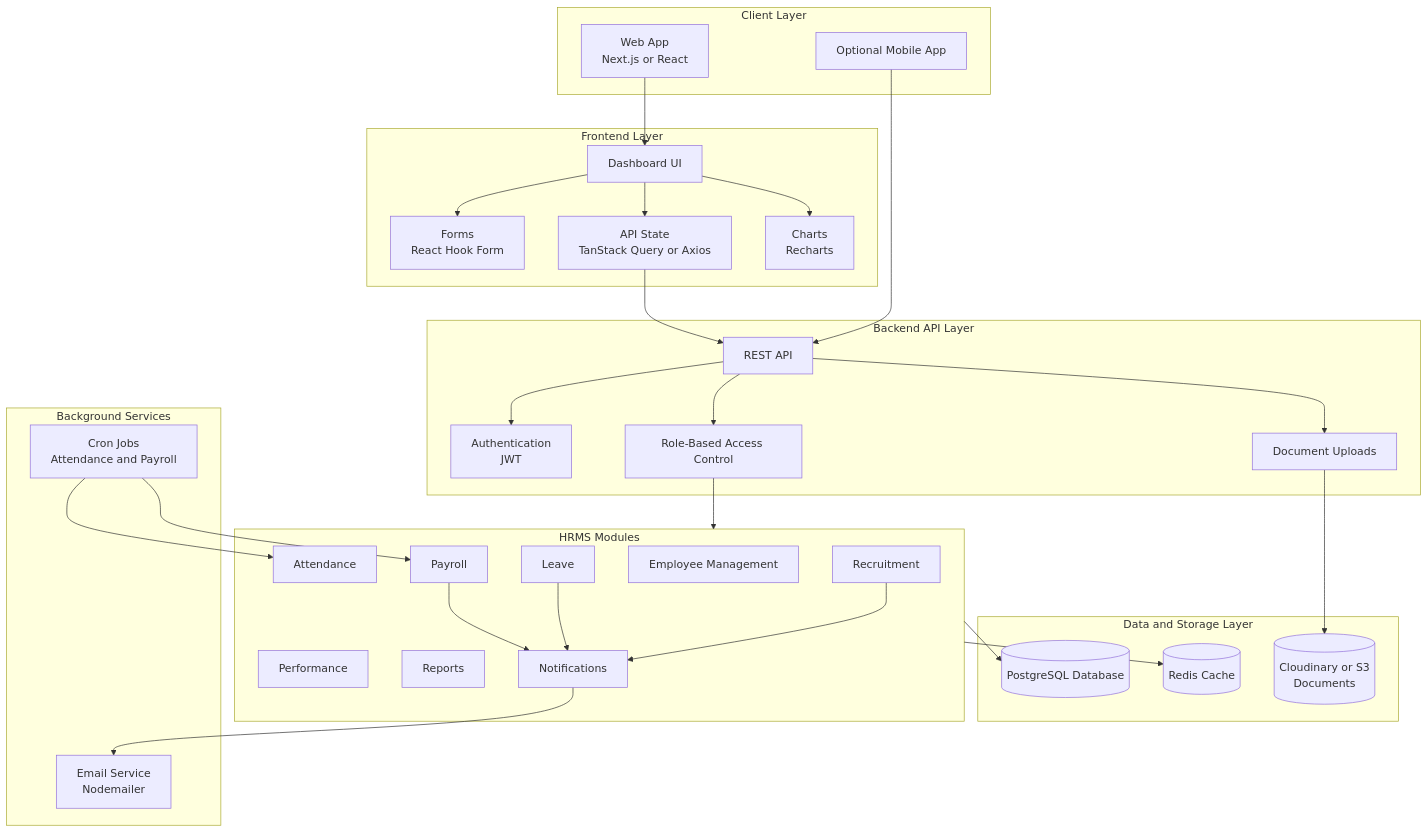
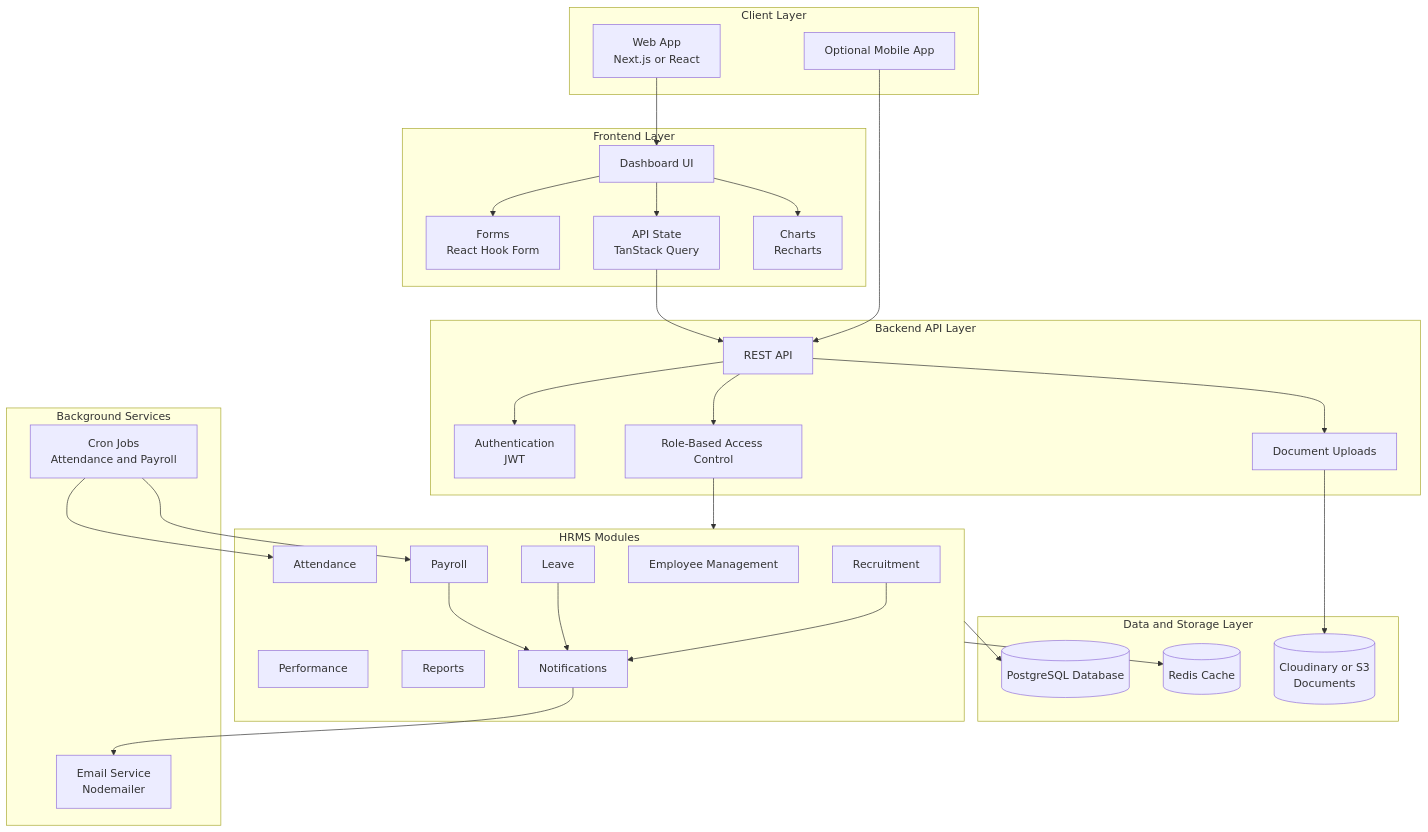
The diagram in plan.md (learninghub44/chris-tech-hrms), drawn with Mermaid before and after one commit. The commit also changed other lines of this file and 42 other files, not shown here.

````diff
--- a/plan.md
+++ b/plan.md
@@ -58,66 +60,66 @@
 ```mermaid
 flowchart TD
     subgraph Client["Client Layer"]
         Web["Web App\nNext.js or React"]
         Mobile["Optional Mobile App"]
     end
 
     subgraph Frontend["Frontend Layer"]
         UI["Dashboard UI"]
         Forms["Forms\nReact Hook Form"]
-        State["API State\nTanStack Query or Axios"]
+        State["API State\nTanStack Query"]
         Charts["Charts\nRecharts"]
     end
 
     subgraph Backend["Backend API Layer"]
         API["REST API"]
         Auth["Authentication\nJWT"]
         RBAC["Role-Based Access Control"]
         Uploads["Document Uploads"]
     end
 
     subgraph Modules["HRMS Modules"]
         Employees["Employee Management"]
         Attendance["Attendance"]
         Leave["Leave"]
         Payroll["Payroll"]
         Recruitment["Recruitment"]
         Performance["Performance"]
         Reports["Reports"]
         Notifications["Notifications"]
     end
 
     subgraph Data["Data and Storage Layer"]
         DB[("PostgreSQL Database")]
         Cache[("Redis Cache")]
         Files[("Cloudinary or S3\nDocuments")]
     end
 
     subgraph Background["Background Services"]
         Jobs["Cron Jobs\nAttendance and Payroll"]
         Email["Email Service\nNodemailer"]
     end
 
     Web --> UI
     Mobile --> API
     UI --> Forms
     UI --> State
     UI --> Charts
     State --> API
 
     API --> Auth
     API --> RBAC
     API --> Uploads
     RBAC --> Modules
 
     Modules --> DB
     Modules --> Cache
     Uploads --> Files
 
     Jobs --> Attendance
     Jobs --> Payroll
     Notifications --> Email
     Leave --> Notifications
     Payroll --> Notifications
     Recruitment --> Notifications
 ```
````
